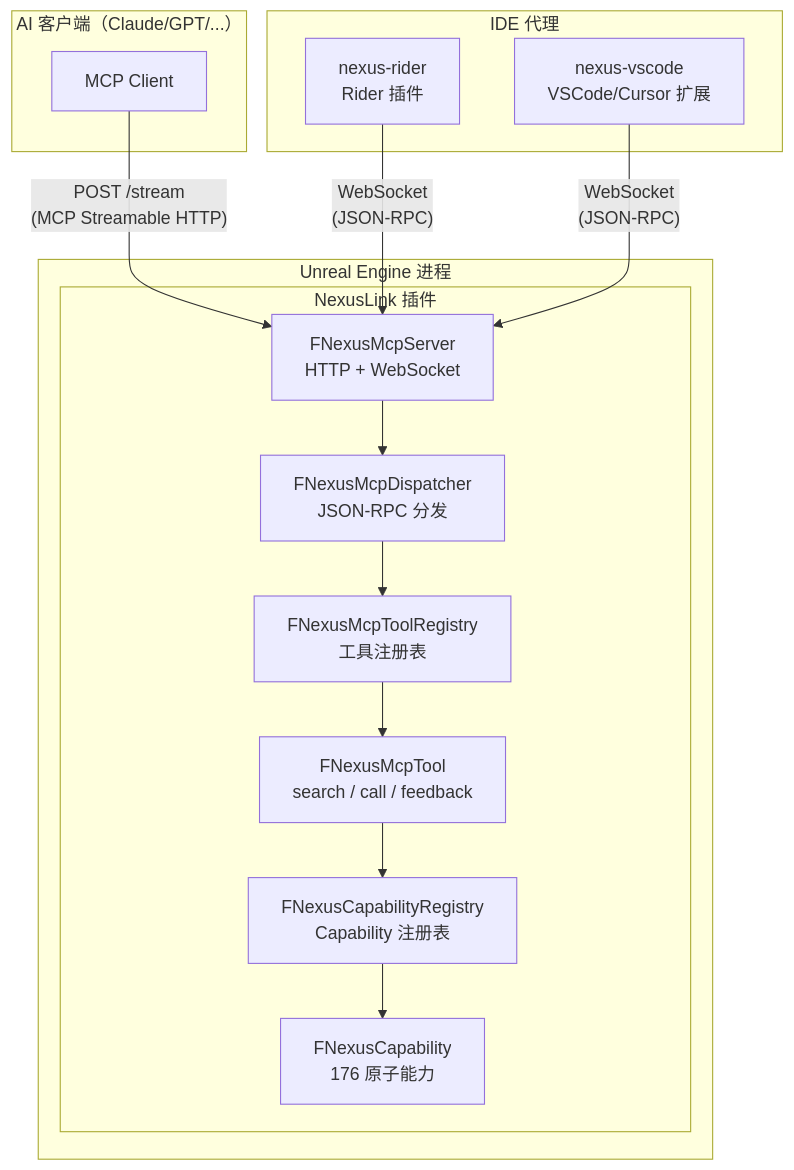
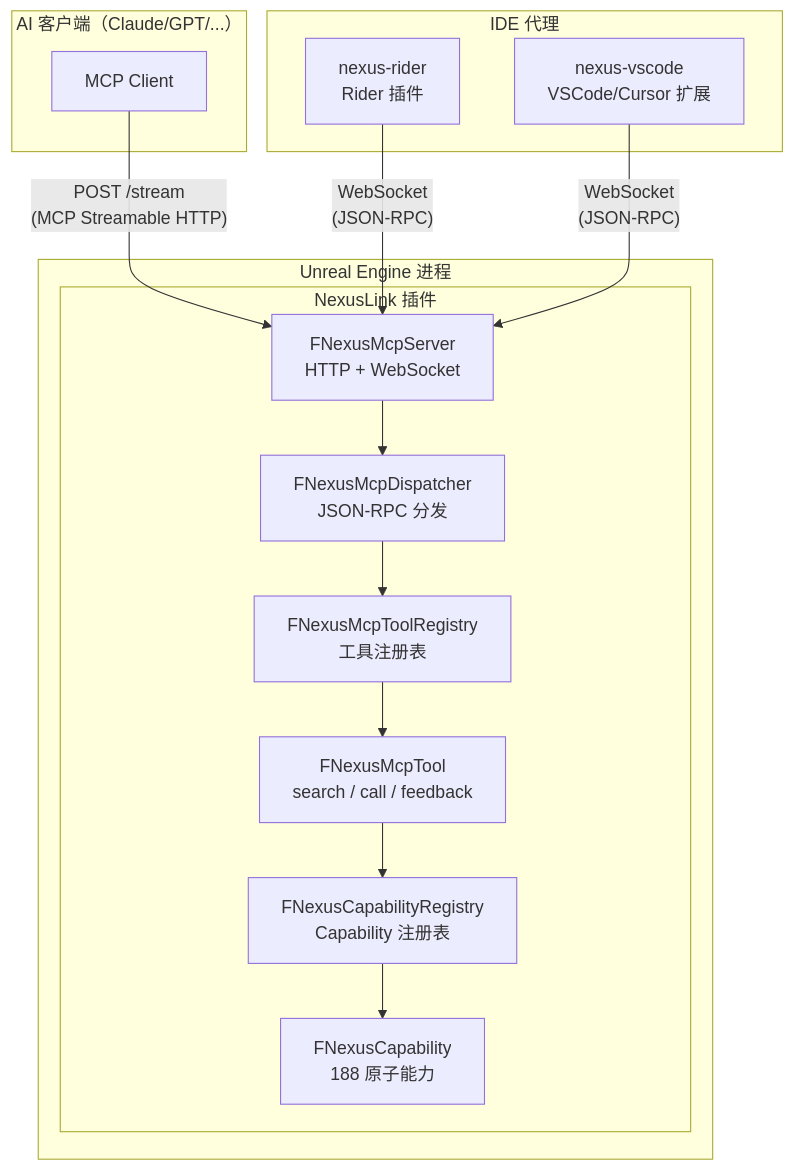
One commit to bytepine/NexusLink changed the first of 6 diagrams in docs/architecture.md. Above: the diagram before and after it, drawn with Mermaid. The commit also changed other lines of this file and 77 other files, not shown here.

````diff
--- a/docs/architecture.md
+++ b/docs/architecture.md
@@ -5,31 +5,31 @@
 ```mermaid
 graph TB
     subgraph AI["AI 客户端（Claude/GPT/...）"]
         MCP_Client[MCP Client]
     end
 
     subgraph IDE["IDE 代理"]
         Rider[nexus-rider<br>Rider 插件]
         VSCode[nexus-vscode<br>VSCode/Cursor 扩展]
     end
 
     subgraph UE["Unreal Engine 进程"]
         subgraph NexusLink["NexusLink 插件"]
             Server[FNexusMcpServer<br>HTTP + WebSocket]
             Dispatcher[FNexusMcpDispatcher<br>JSON-RPC 分发]
             ToolRegistry[FNexusMcpToolRegistry<br>工具注册表]
             CapRegistry[FNexusCapabilityRegistry<br>Capability 注册表]
             Tools[FNexusMcpTool<br>search / call / feedback]
-            Caps[FNexusCapability<br>176 原子能力]
+            Caps[FNexusCapability<br>188 原子能力]
         end
     end
 
     MCP_Client -->|"POST /stream<br>(MCP Streamable HTTP)"| Server
     Rider -->|"WebSocket<br>(JSON-RPC)"| Server
     VSCode -->|"WebSocket<br>(JSON-RPC)"| Server
     Server --> Dispatcher
     Dispatcher --> ToolRegistry
     ToolRegistry --> Tools
     Tools --> CapRegistry
     CapRegistry --> Caps
 ```
````
